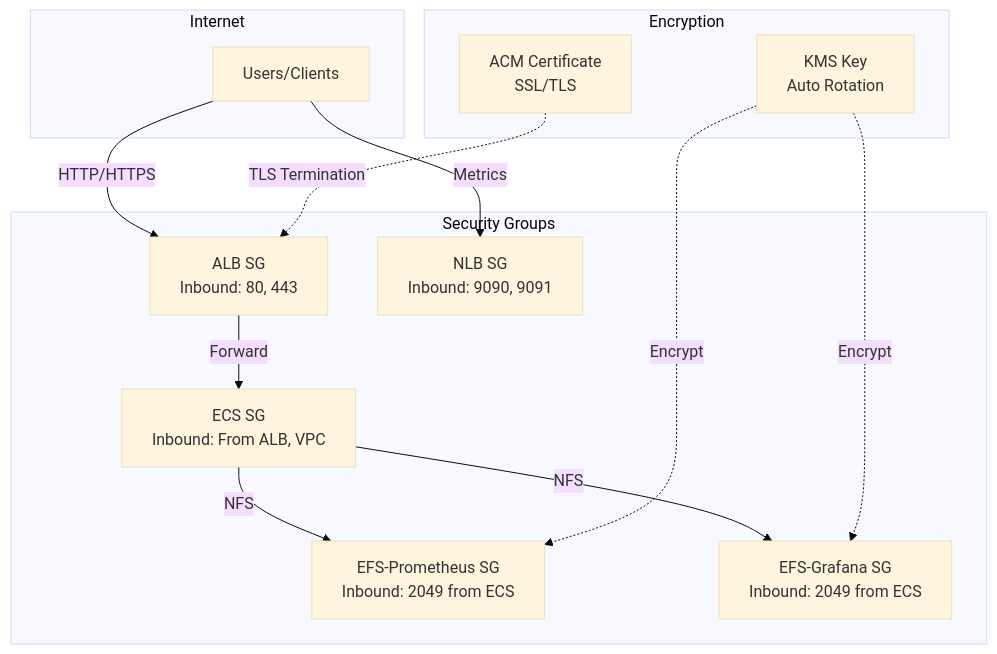
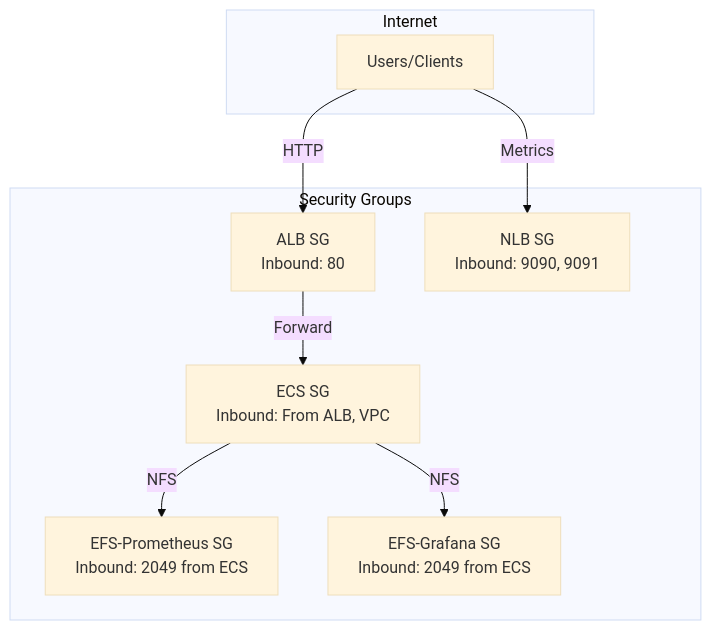
The diagram in modules/security/README.md (richard-gm/grafana-stack-aws), drawn with Mermaid (base theme) before and after one commit. The commit also changed other lines of this file and 6 other files, not shown here.

````diff
--- a/modules/security/README.md
+++ b/modules/security/README.md
@@ -9,29 +9,20 @@
 ```mermaid
 flowchart TD
     subgraph Internet
         Users[Users/Clients]
     end
 
     subgraph SecurityGroups["Security Groups"]
-        ALB_SG[ALB SG\nInbound: 80, 443]
+        ALB_SG[ALB SG\nInbound: 80]
         ECS_SG[ECS SG\nInbound: From ALB, VPC]
         EFS_PROM_SG[EFS-Prometheus SG\nInbound: 2049 from ECS]
         EFS_GRAF_SG[EFS-Grafana SG\nInbound: 2049 from ECS]
         NLB_SG[NLB SG\nInbound: 9090, 9091]
     end
 
-    subgraph Encryption["Encryption"]
-        KMS[KMS Key\nAuto Rotation]
-        ACM[ACM Certificate\nSSL/TLS]
-    end
-
-    Users -->|HTTP/HTTPS| ALB_SG
+    Users -->|HTTP| ALB_SG
     ALB_SG -->|Forward| ECS_SG
     ECS_SG -->|NFS| EFS_PROM_SG
     ECS_SG -->|NFS| EFS_GRAF_SG
     Users -->|Metrics| NLB_SG
-
-    KMS -.->|Encrypt| EFS_PROM_SG
-    KMS -.->|Encrypt| EFS_GRAF_SG
-    ACM -.->|TLS Termination| ALB_SG
 ```
````
